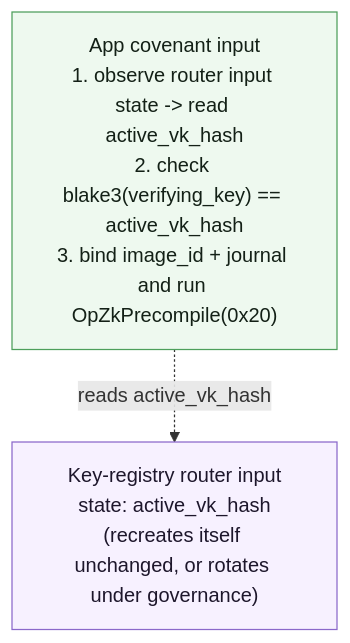
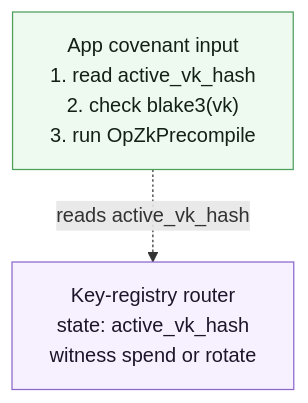
The second of 2 diagrams in content/docs/programmability/composability.mdx (kaspanet/docs), drawn with Mermaid before and after one commit. The commit also changed other lines of this file and 1 other file, not shown here.

Commit message:
Abstract dynamic-dispatch message bus, compare sigscript vs payload transports, and polish diagrams

````diff
--- a/content/docs/programmability/composability.mdx
+++ b/content/docs/programmability/composability.mdx
@@ -349,10 +356,10 @@
 ```mermaid
 flowchart TB
     classDef app fill:#eef9ef,stroke:#4d9f5b,color:#132016
     classDef router fill:#f7f1ff,stroke:#8b68ca,color:#1d162b
 
-    RTR["Key-registry router input<br/>state: active_vk_hash<br/>(recreates itself unchanged, or rotates under governance)"]:::router
-    APP["App covenant input<br/>1. observe router input state -> read active_vk_hash<br/>2. check blake3(verifying_key) == active_vk_hash<br/>3. bind image_id + journal and run OpZkPrecompile(0x20)"]:::app
+    RTR["Key-registry router<br/>state: active_vk_hash<br/>witness spend or rotate"]:::router
+    APP["App covenant input<br/>1. read active_vk_hash<br/>2. check blake3(vk)<br/>3. run OpZkPrecompile"]:::app
 
     APP -. "reads active_vk_hash" .-> RTR
 ```
````
